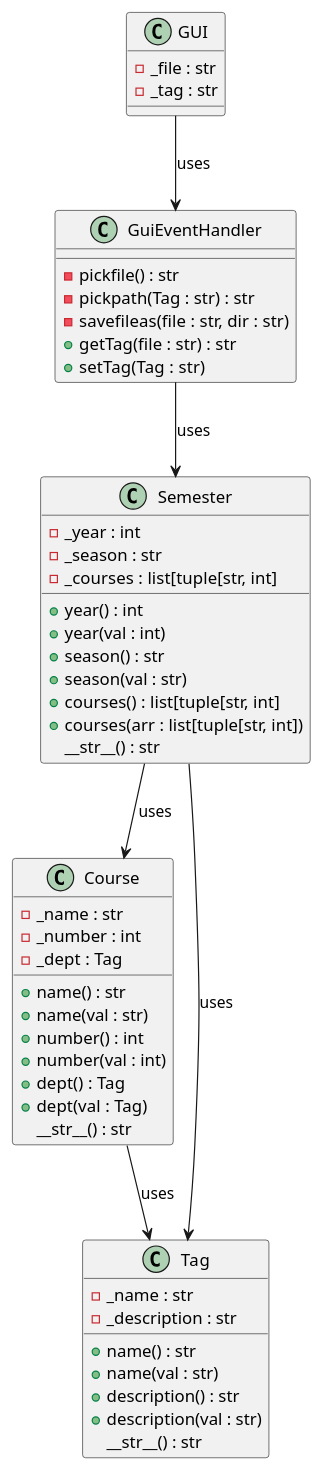
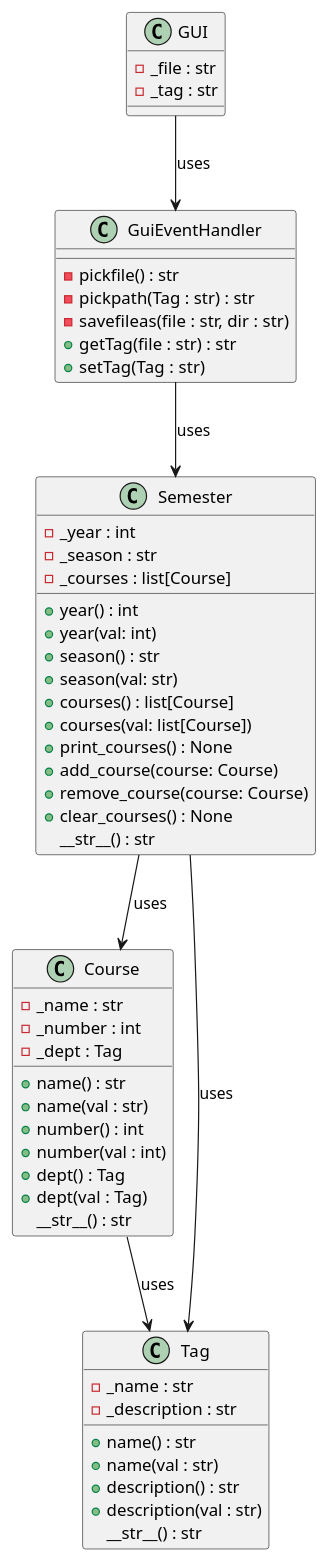
Before and after one commit to BandFrLife/fileSorter2026: the diagram in uml/classes.plantuml, drawn with PlantUML.

```diff
--- a/uml/classes.plantuml
+++ b/uml/classes.plantuml
@@ -3,58 +3,62 @@
 @startuml
 class Semester {
     - _year : int
     - _season : str
-    - _courses : list[tuple[str, int]
+    - _courses : list[Course]
     + year() : int
-    + year(val : int)
+    + year(val: int)
     + season() : str
-    + season(val : str)
-    + courses() : list[tuple[str, int]
-    + courses(arr : list[tuple[str, int])
+    + season(val: str)
+    + courses() : list[Course]
+    + courses(val: list[Course])
+    + print_courses() : None
+    + add_course(course: Course)
+    + remove_course(course: Course)
+    + clear_courses() : None
     __str__() : str
 }
 
 class Course {
     - _name : str
     - _number : int
     - _dept : Tag
     + name() : str
     + name(val : str)
     + number() : int
     + number(val : int)
     + dept() : Tag
     + dept(val : Tag)
     __str__() : str
 }
 
 class Tag {
     - _name : str
     - _description : str
     + name() : str
     + name(val : str)
     + description() : str
     + description(val : str)
     __str__() : str
 }
 
 class GUI {
     - _file : str
     - _tag : str
 
 }
 
 class GuiEventHandler {
     - pickfile() : str
     - pickpath(Tag : str) : str
     - savefileas(file : str, dir : str)
     + getTag(file : str) : str
     + setTag(Tag : str)
 }
 
 GUI --> GuiEventHandler : uses
 GuiEventHandler --> Semester : uses
 Semester --> Course : uses
 Semester --> Tag : uses
 Course --> Tag : uses
 
 @enduml
```
